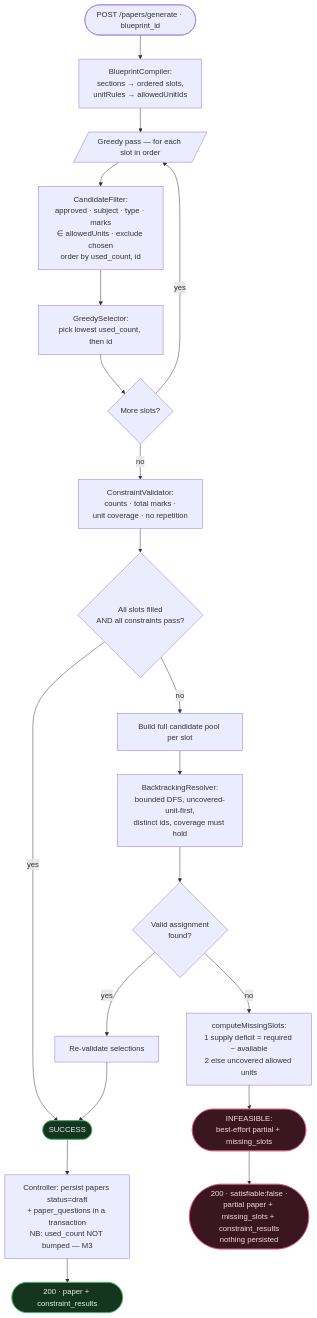
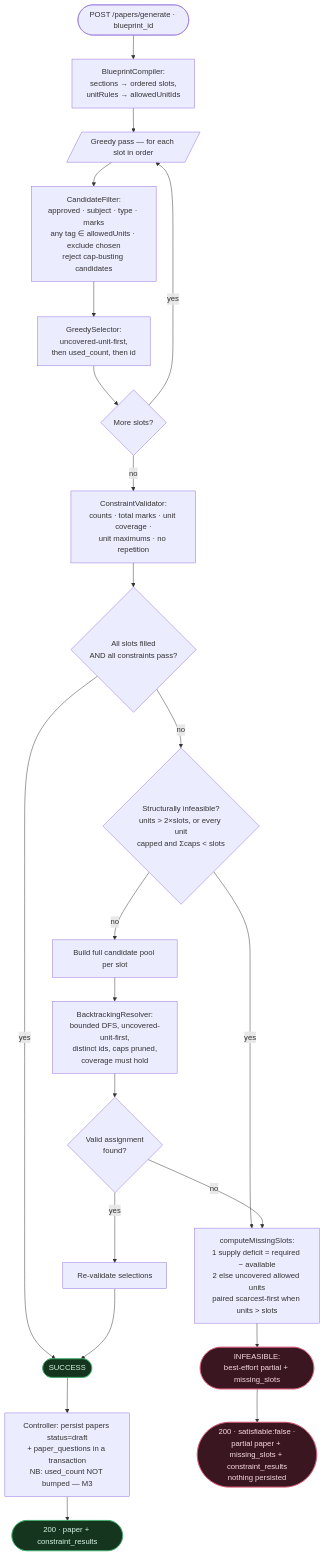
One commit to rohitshakyaa/Q-Forge changed the diagram in docs/Algorithm.md. Above: the diagram before and after it, drawn with Mermaid. The commit also changed other lines of this file and 28 other files, not shown here.

First line of the commit message:
feat: Implement multi-unit question support and coverage-aware greedy algorithm

````diff
--- a/docs/Algorithm.md
+++ b/docs/Algorithm.md
@@ -142,34 +167,36 @@
 ```mermaid
 flowchart TD
     A([POST /papers/generate · blueprint_id]) --> B[BlueprintCompiler:<br/>sections → ordered slots,<br/>unitRules → allowedUnitIds]
 
     B --> C[/Greedy pass — for each slot in order/]
-    C --> D[CandidateFilter:<br/>approved · subject · type · marks<br/>∈ allowedUnits · exclude chosen<br/>order by used_count, id]
-    D --> E[GreedySelector:<br/>pick lowest used_count, then id]
+    C --> D[CandidateFilter:<br/>approved · subject · type · marks<br/>any tag ∈ allowedUnits · exclude chosen<br/>reject cap-busting candidates]
+    D --> E[GreedySelector:<br/>uncovered-unit-first,<br/>then used_count, then id]
     E --> F{More slots?}
     F -- yes --> C
 
-    F -- no --> G[ConstraintValidator:<br/>counts · total marks ·<br/>unit coverage · no repetition]
+    F -- no --> G[ConstraintValidator:<br/>counts · total marks · unit coverage ·<br/>unit maximums · no repetition]
     G --> H{All slots filled<br/>AND all constraints pass?}
 
     H -- yes --> S1([SUCCESS])
 
-    H -- no --> I[Build full candidate pool per slot]
-    I --> J[BacktrackingResolver:<br/>bounded DFS, uncovered-unit-first,<br/>distinct ids, coverage must hold]
+    H -- no --> H2{Structurally infeasible?<br/>units > 2×slots, or every unit<br/>capped and Σcaps < slots}
+    H2 -- yes --> L
+    H2 -- no --> I[Build full candidate pool per slot]
+    I --> J[BacktrackingResolver:<br/>bounded DFS, uncovered-unit-first,<br/>distinct ids, caps pruned,<br/>coverage must hold]
     J --> K{Valid assignment<br/>found?}
 
     K -- yes --> G2[Re-validate selections] --> S1
 
-    K -- no --> L[computeMissingSlots:<br/>1 supply deficit = required − available<br/>2 else uncovered allowed units]
+    K -- no --> L[computeMissingSlots:<br/>1 supply deficit = required − available<br/>2 else uncovered allowed units<br/>paired scarcest-first when units > slots]
     L --> F2([INFEASIBLE:<br/>best-effort partial + missing_slots])
 
     S1 --> P[Controller: persist papers status=draft<br/>+ paper_questions in a transaction<br/>NB: used_count NOT bumped — M3]
     P --> R1([200 · paper + constraint_results])
 
     F2 --> R2([200 · satisfiable:false ·<br/>partial paper + missing_slots + constraint_results<br/>nothing persisted])
 
     classDef ok fill:#16351f,stroke:#3fae6b,color:#d7f5e3;
     classDef bad fill:#3a1620,stroke:#d65a76,color:#f7d9e1;
     class S1,R1 ok;
     class F2,R2 bad;
 ```
````
